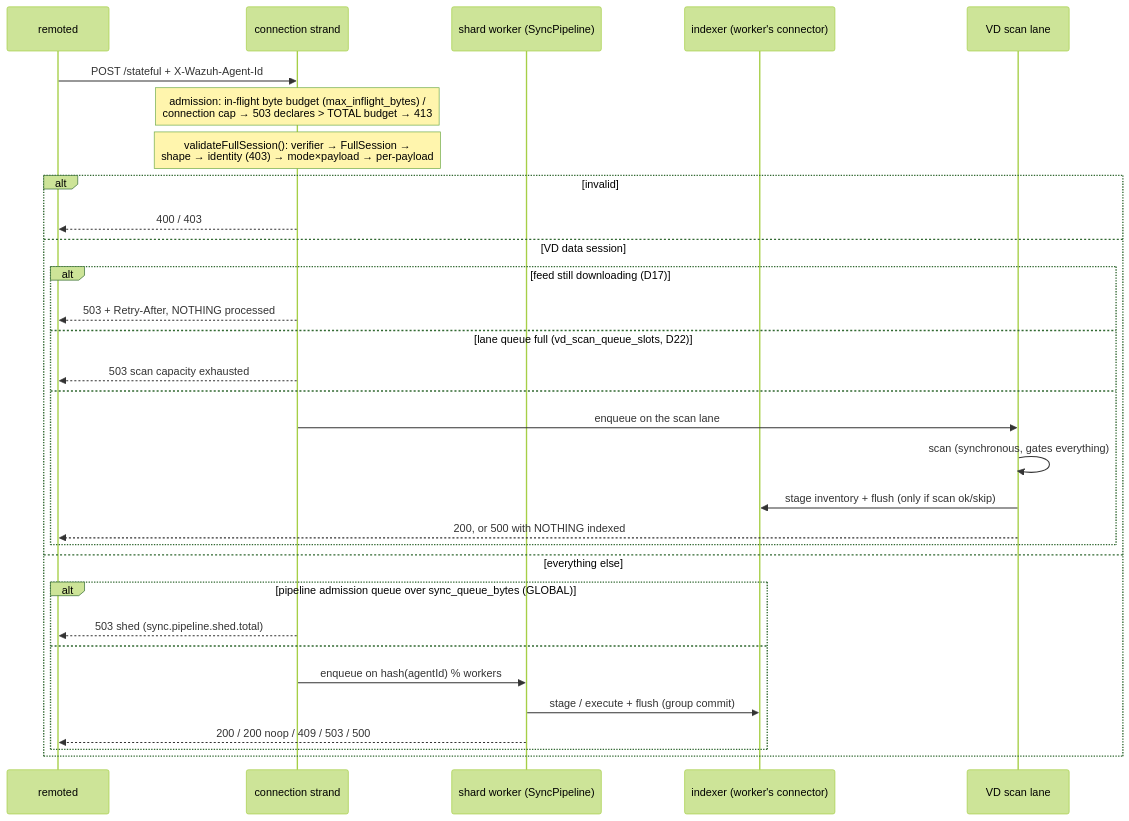
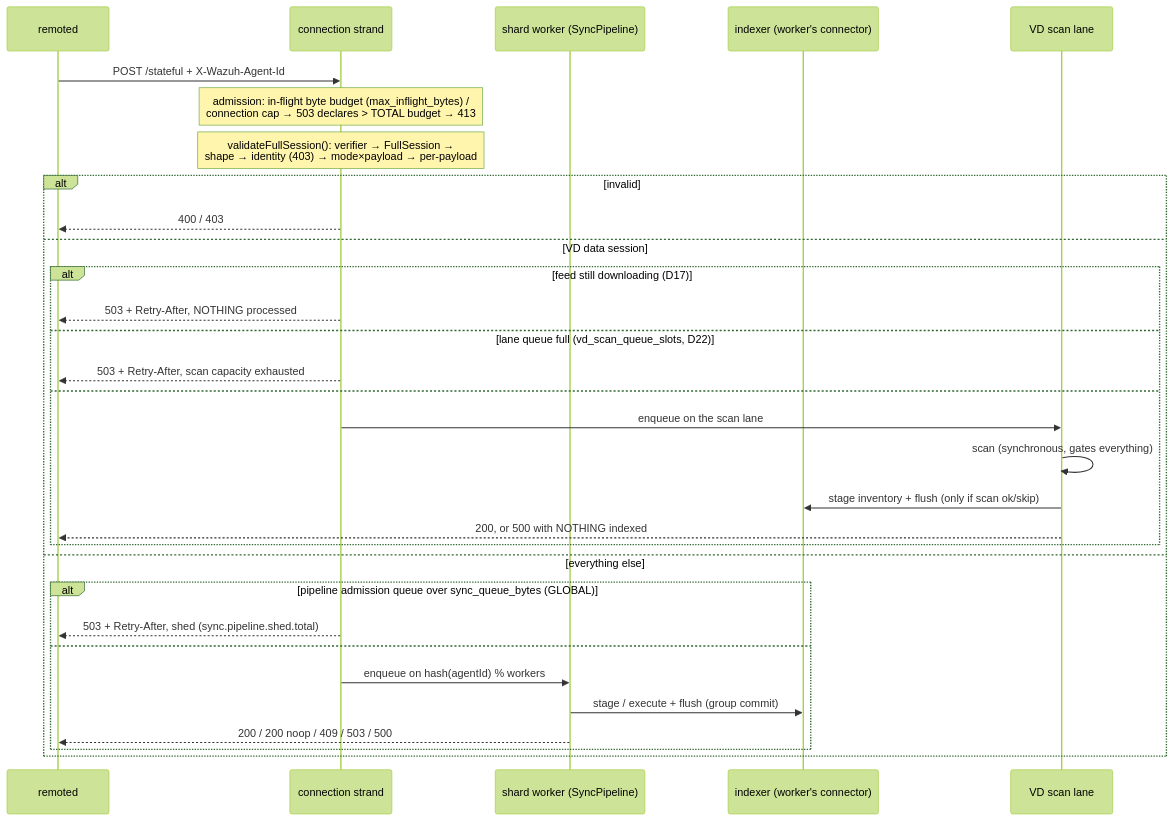
The second of 4 diagrams in src/wazuh_modules/inventory_sync_server/README.md (wazuh/wazuh), drawn with Mermaid (forest theme) before and after one commit. The commit also changed other lines of this file and 3 other files, not shown here.

First line of the commit message:
docs: replace the "no Retry-After" contract on shed 503s

````diff
--- a/src/wazuh_modules/inventory_sync_server/README.md
+++ b/src/wazuh_modules/inventory_sync_server/README.md
@@ -309,33 +309,33 @@
 ```mermaid
 sequenceDiagram
     participant R as remoted
     participant S as connection strand
     participant Q as shard worker (SyncPipeline)
     participant IDX as indexer (worker's connector)
     participant VQ as VD scan lane
     R->>S: POST /stateful + X-Wazuh-Agent-Id
     Note over S: admission: in-flight byte budget (max_inflight_bytes) /<br/>connection cap → 503 declares > TOTAL budget → 413
     Note over S: validateFullSession(): verifier → FullSession →<br/>shape → identity (403) → mode×payload → per-payload
     alt invalid
         S-->>R: 400 / 403
     else VD data session
         alt feed still downloading (D17)
             S-->>R: 503 + Retry-After, NOTHING processed
         else lane queue full (vd_scan_queue_slots, D22)
-            S-->>R: 503 scan capacity exhausted
+            S-->>R: 503 + Retry-After, scan capacity exhausted
         else
             S->>VQ: enqueue on the scan lane
             VQ->>VQ: scan (synchronous, gates everything)
             VQ->>IDX: stage inventory + flush (only if scan ok/skip)
             VQ-->>R: 200, or 500 with NOTHING indexed
         end
     else everything else
         alt pipeline admission queue over sync_queue_bytes (GLOBAL)
-            S-->>R: 503 shed (sync.pipeline.shed.total)
+            S-->>R: 503 + Retry-After, shed (sync.pipeline.shed.total)
         else
             S->>Q: enqueue on hash(agentId) % workers
             Q->>IDX: stage / execute + flush (group commit)
             Q-->>R: 200 / 200 noop / 409 / 503 / 500
         end
     end
 ```
````
